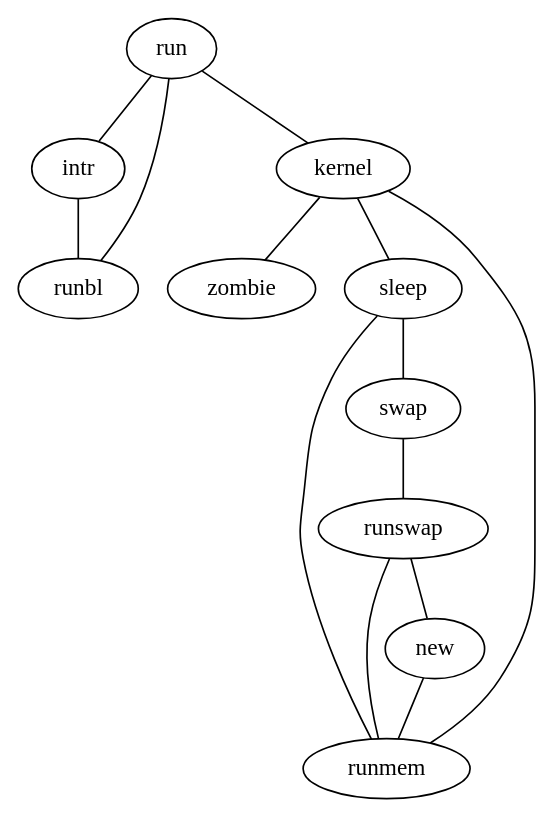
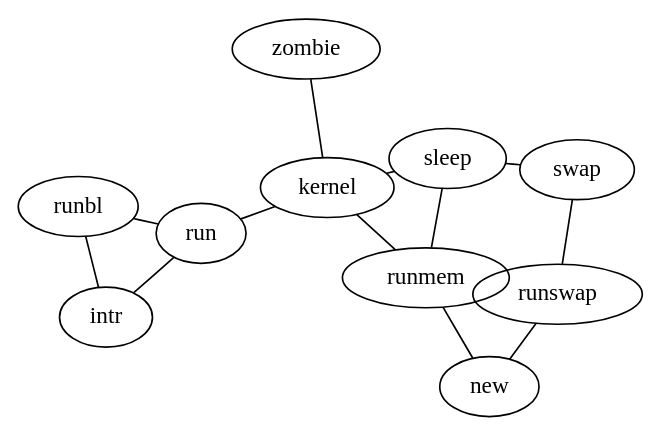
Before and after one commit to ts-graphviz/gallery: the diagram in gallery/process/result.dot, drawn with Graphviz. The commit also changed 14 other files, not shown here.

```diff
--- a/gallery/process/result.dot
+++ b/gallery/process/result.dot
@@ -1,13 +1,14 @@
 graph "G" {
+  layout = "neato";
   "run" -- "intr";
   "intr" -- "runbl";
   "runbl" -- "run";
   "run" -- "kernel";
   "kernel" -- {"zombie" "sleep" "runmem"};
   "sleep" -- "swap";
   "swap" -- "runswap";
   "runswap" -- "new";
   "runswap" -- "runmem";
   "new" -- "runmem";
   "sleep" -- "runmem";
 }
```
